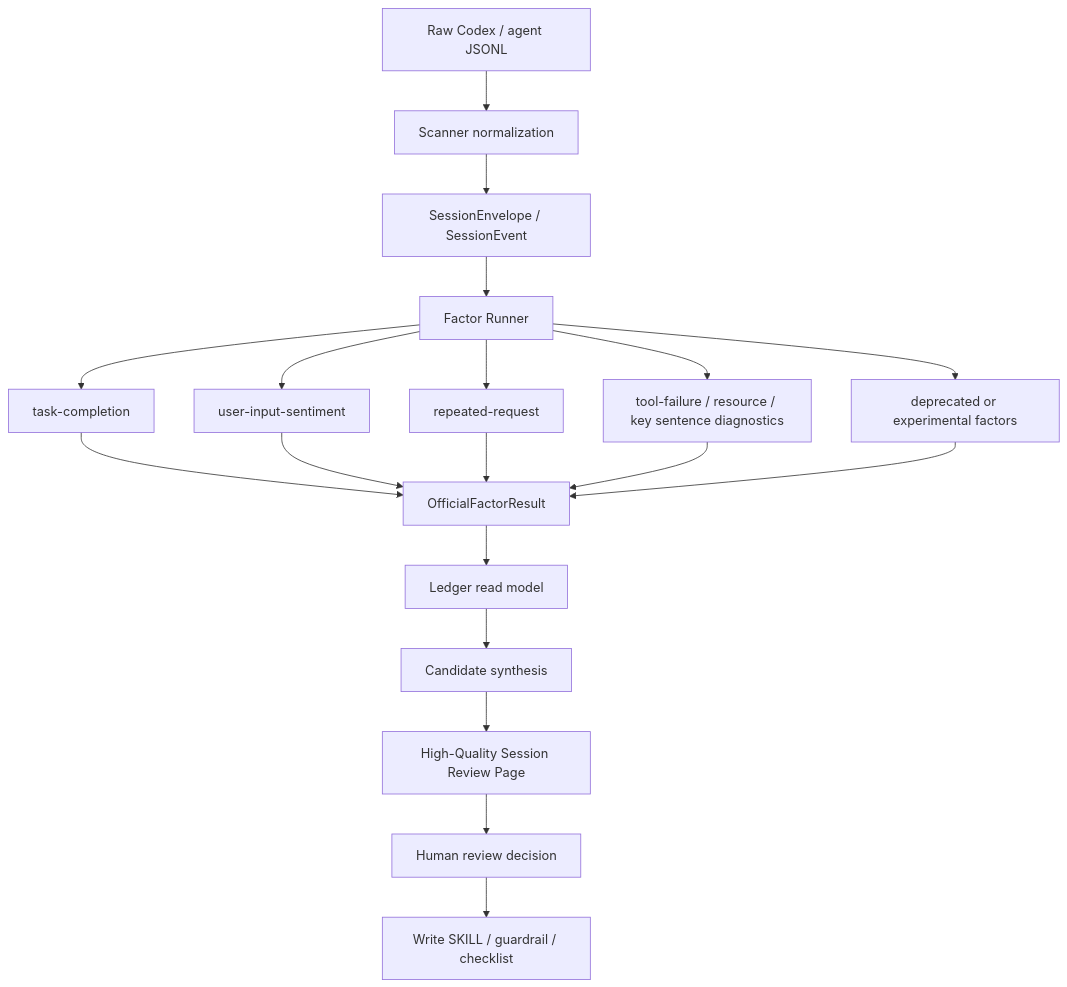
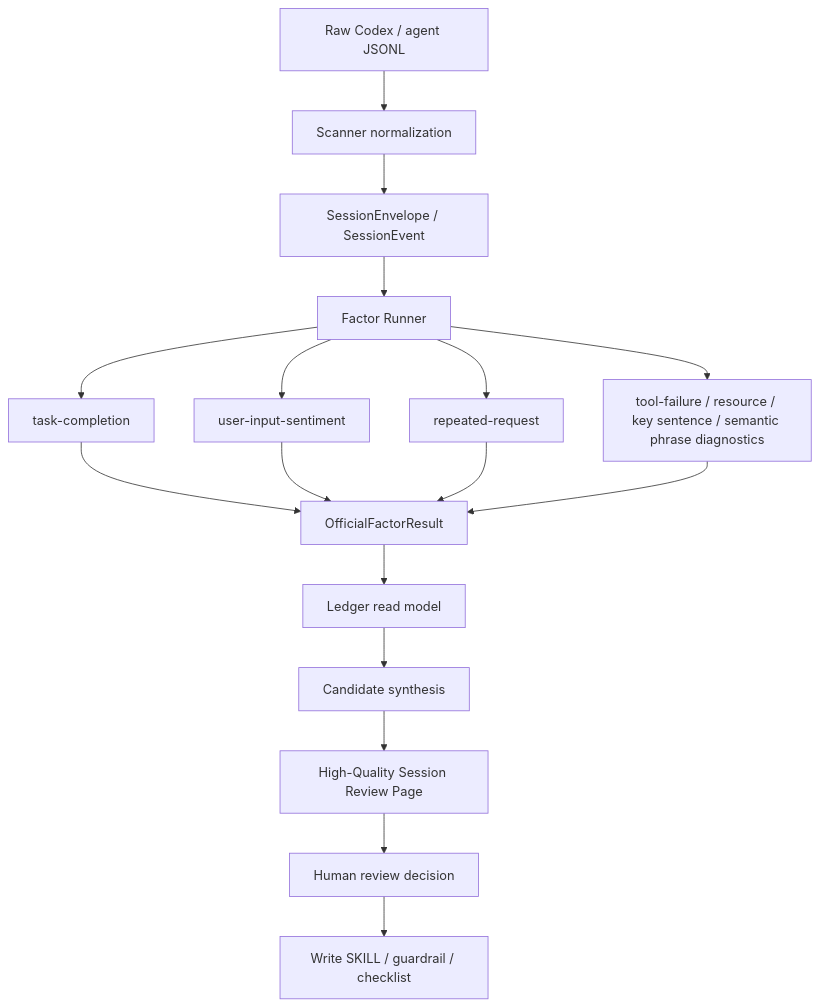
One commit to MetaInFLow/EvoZeus-session-signal-skill changed the third of 3 diagrams in docs/architecture/factor-system-concepts.md. Above: the diagram before and after it, drawn with Mermaid. The commit also changed other lines of this file and 61 other files, not shown here.

````diff
--- a/docs/architecture/factor-system-concepts.md
+++ b/docs/architecture/factor-system-concepts.md
@@ -114,21 +114,19 @@
 ```mermaid
 flowchart TD
   A[Raw Codex / agent JSONL] --> B[Scanner normalization]
   B --> C[SessionEnvelope / SessionEvent]
   C --> D[Factor Runner]
   D --> E1[task-completion]
   D --> E2[user-input-sentiment]
   D --> E3[repeated-request]
-  D --> E4[tool-failure / resource / key sentence diagnostics]
-  D --> E5[deprecated or experimental factors]
+  D --> E4[tool-failure / resource / key sentence / semantic phrase diagnostics]
   E1 --> F[OfficialFactorResult]
   E2 --> F
   E3 --> F
   E4 --> F
-  E5 --> F
   F --> G[Ledger read model]
   G --> H[Candidate synthesis]
   H --> I[High-Quality Session Review Page]
   I --> J[Human review decision]
   J --> K[Write SKILL / guardrail / checklist]
 ```
````
